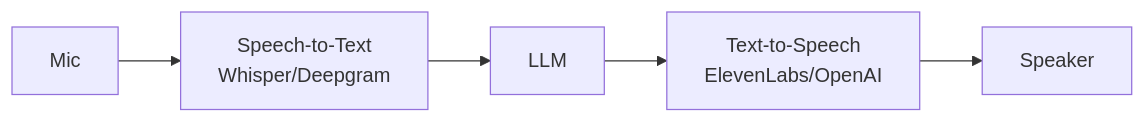
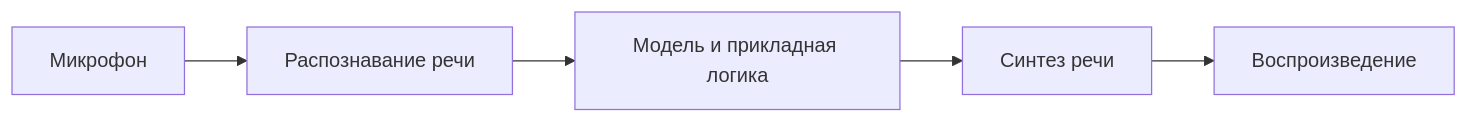
One commit to akeverus/cheat-sheet changed the tenth of 10 diagrams in cheatsheets/interview/ai-ml/ai-application-architecture-interview.md. Above: the diagram before and after it, drawn with Mermaid. The commit also changed other lines of this file and 154 other files, not shown here.

````diff
--- a/cheatsheets/interview/ai-ml/ai-application-architecture-interview.md
+++ b/cheatsheets/interview/ai-ml/ai-application-architecture-interview.md
@@ -773,7 +631,7 @@
 ```mermaid
 flowchart LR
-    Mic --> STT[Speech-to-Text<br/>Whisper/Deepgram]
-    STT --> LLM
-    LLM --> TTS[Text-to-Speech<br/>ElevenLabs/OpenAI]
-    TTS --> Speaker
+    Mic[Микрофон] --> STT[Распознавание речи]
+    STT --> LLM[Модель и прикладная логика]
+    LLM --> TTS[Синтез речи]
+    TTS --> Speaker[Воспроизведение]
 ```
````
